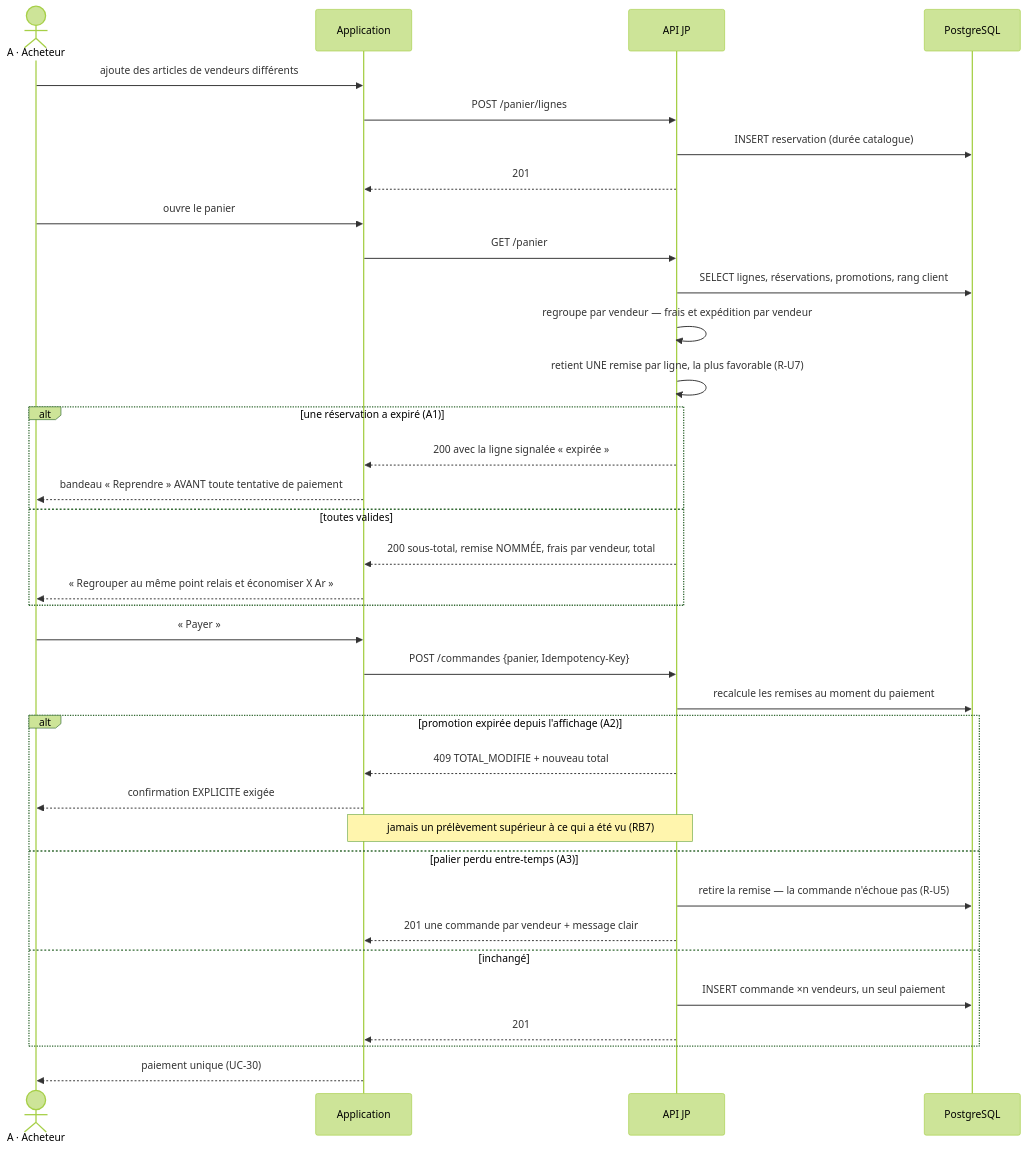
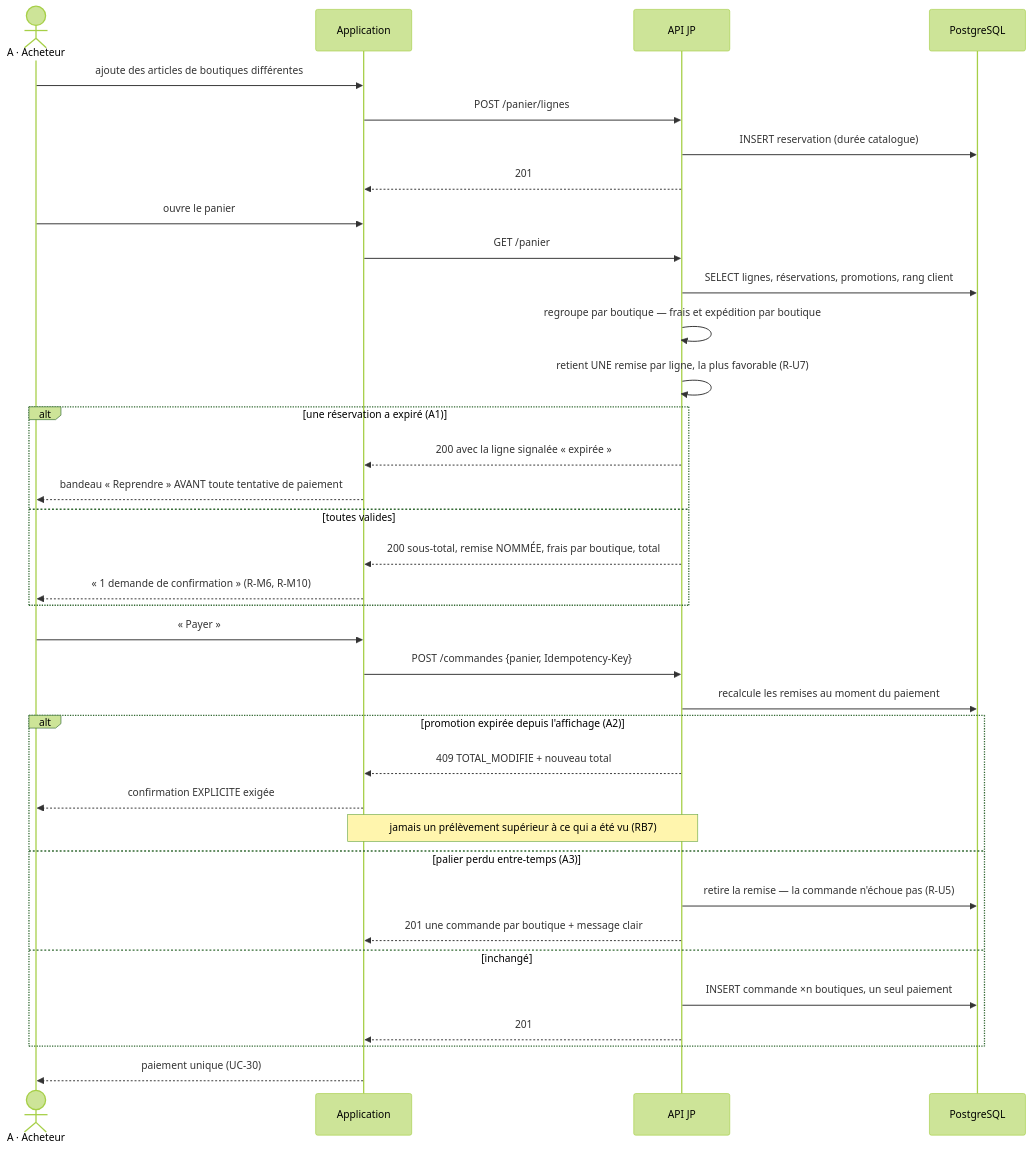
The eighth of 26 diagrams in docs/JP_CAS_UTILISATION.md (andokevin/jp), drawn with Mermaid (forest theme) before and after one commit. The commit also changed other lines of this file and 58 other files, not shown here.

````diff
--- a/docs/JP_CAS_UTILISATION.md
+++ b/docs/JP_CAS_UTILISATION.md
@@ -655,38 +604,38 @@
 ```mermaid
 sequenceDiagram
     actor A as A · Acheteur
     participant APP as Application
     participant API as API JP
     participant DB as PostgreSQL
-    A->>APP: ajoute des articles de vendeurs différents
+    A->>APP: ajoute des articles de boutiques différentes
     APP->>API: POST /panier/lignes
     API->>DB: INSERT reservation (durée catalogue)
     API-->>APP: 201
     A->>APP: ouvre le panier
     APP->>API: GET /panier
     API->>DB: SELECT lignes, réservations, promotions, rang client
-    API->>API: regroupe par vendeur — frais et expédition par vendeur
+    API->>API: regroupe par boutique — frais et expédition par boutique
     API->>API: retient UNE remise par ligne, la plus favorable (R-U7)
     alt une réservation a expiré (A1)
         API-->>APP: 200 avec la ligne signalée « expirée »
         APP-->>A: bandeau « Reprendre » AVANT toute tentative de paiement
     else toutes valides
-        API-->>APP: 200 sous-total, remise NOMMÉE, frais par vendeur, total
-        APP-->>A: « Regrouper au même point relais et économiser X Ar »
+        API-->>APP: 200 sous-total, remise NOMMÉE, frais par boutique, total
+        APP-->>A: « 1 demande de confirmation » (R-M6, R-M10)
     end
     A->>APP: « Payer »
     APP->>API: POST /commandes {panier, Idempotency-Key}
     API->>DB: recalcule les remises au moment du paiement
     alt promotion expirée depuis l'affichage (A2)
         API-->>APP: 409 TOTAL_MODIFIE + nouveau total
         APP-->>A: confirmation EXPLICITE exigée
         Note over API,APP: jamais un prélèvement supérieur à ce qui a été vu (RB7)
     else palier perdu entre-temps (A3)
         API->>DB: retire la remise — la commande n'échoue pas (R-U5)
-        API-->>APP: 201 une commande par vendeur + message clair
+        API-->>APP: 201 une commande par boutique + message clair
     else inchangé
-        API->>DB: INSERT commande ×n vendeurs, un seul paiement
+        API->>DB: INSERT commande ×n boutiques, un seul paiement
         API-->>APP: 201
     end
     APP-->>A: paiement unique (UC-30)
 ```
````
